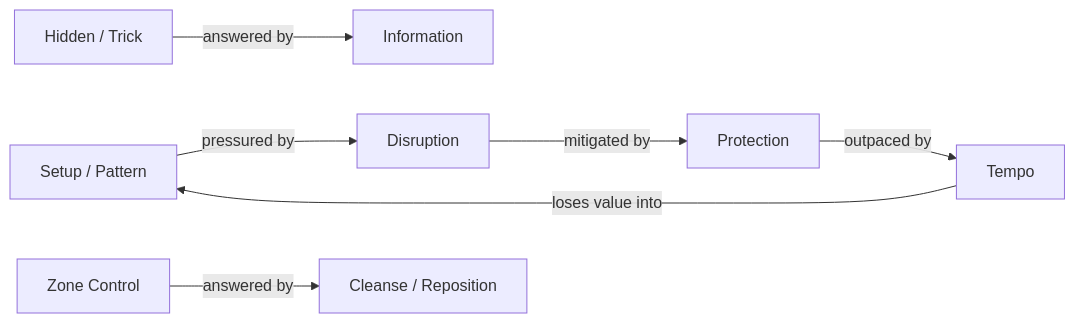
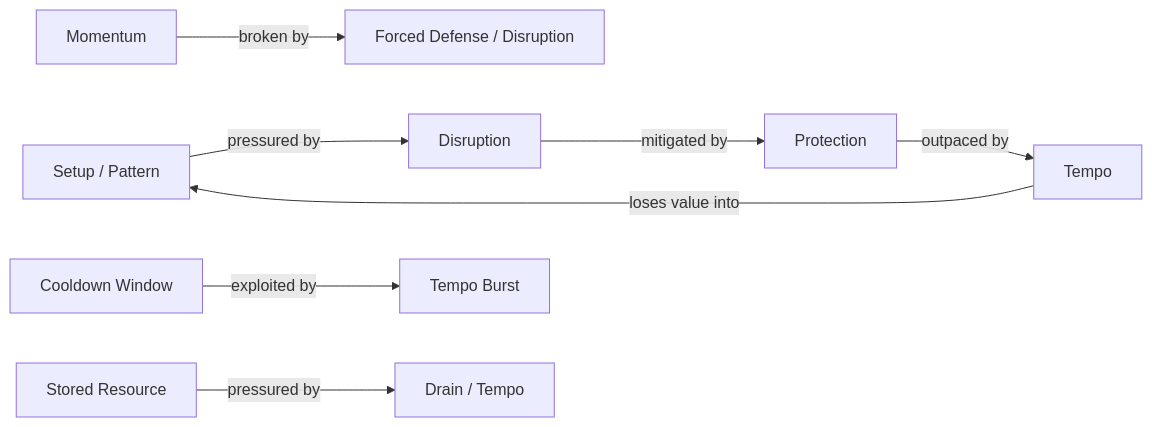
One commit to zeroLR/2D-game-playground changed the third of 5 diagrams in gomoku-rpg/docs/hero-skill-system-spec.md. Above: the diagram before and after it, drawn with Mermaid. The commit also changed other lines of this file, not shown here.

````diff
--- a/gomoku-rpg/docs/hero-skill-system-spec.md
+++ b/gomoku-rpg/docs/hero-skill-system-spec.md
@@ -208,10 +357,11 @@
 ```mermaid
 flowchart LR
   Setup[Setup / Pattern] -->|pressured by| Disruption
   Disruption -->|mitigated by| Protection
   Protection -->|outpaced by| Tempo
   Tempo -->|loses value into| Setup
 
-  Trick[Hidden / Trick] -->|answered by| Information
-  Zone[Zone Control] -->|answered by| CleanseOrMove[Cleanse / Reposition]
+  Momentum[Momentum] -->|broken by| ForcedDefense[Forced Defense / Disruption]
+  Cooldown[Cooldown Window] -->|exploited by| TempoBurst[Tempo Burst]
+  Resource[Stored Resource] -->|pressured by| DrainOrTempo[Drain / Tempo]
 ```
````
